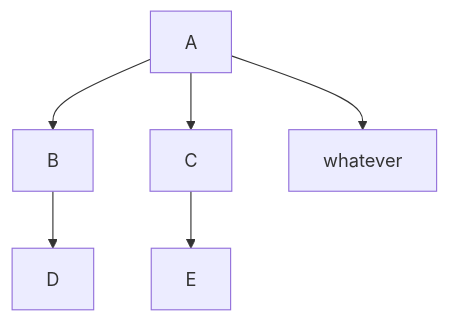
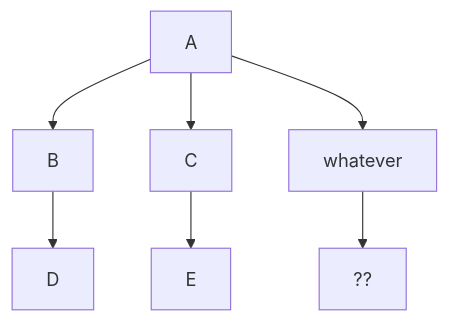
Before and after one commit to jyoungblood/xprss: the diagram in README.md, drawn with Mermaid. The commit also changed other lines of this file, not shown here.

````diff
--- a/README.md
+++ b/README.md
@@ -4,8 +5,9 @@
 ```mermaid
   graph TD;
       A-->B;
       A-->C;
       B-->D;
       C-->E;
-      A-->whatever;
+      A-->whatever
+      whatever-->??;
 ```
````
